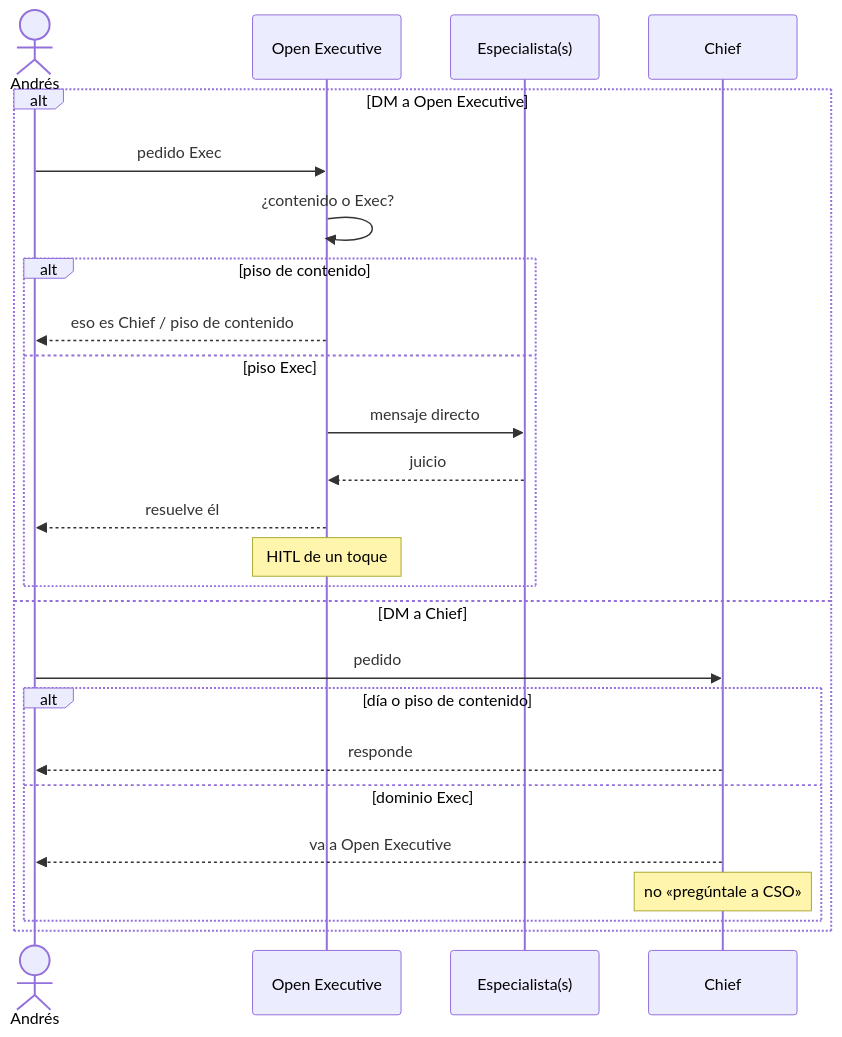
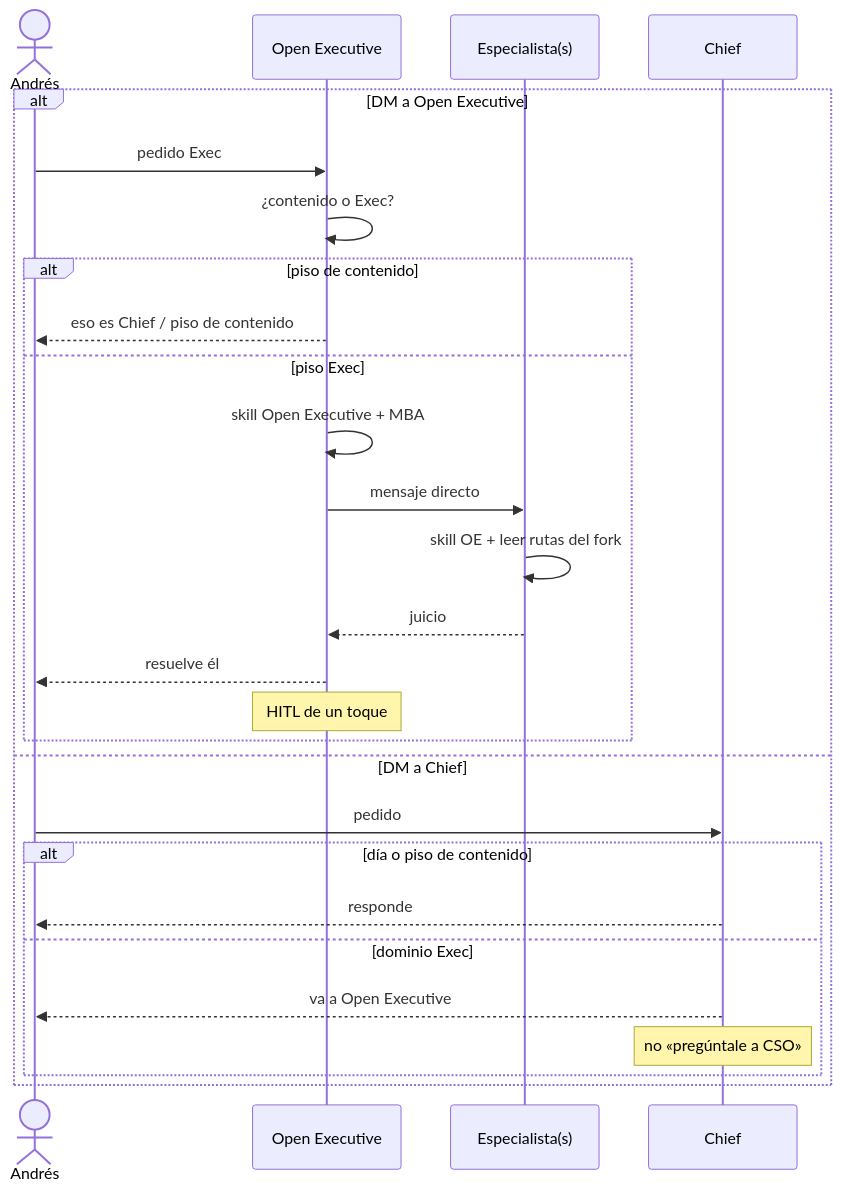
The diagram in docs/routing.md (devandmus/OpenExec-Grok), drawn with Mermaid before and after one commit. The commit also changed other lines of this file and 5 other files, not shown here.

First line of the commit message:
Documentar el MBA del fork como fuente de juicio, no este repo.

````diff
--- a/docs/routing.md
+++ b/docs/routing.md
@@ -53,28 +55,30 @@
 ```mermaid
 sequenceDiagram
     actor Andrés
     participant OE as Open Executive
     participant Esp as Especialista(s)
     participant Chief
 
     alt DM a Open Executive
         Andrés->>OE: pedido Exec
         OE->>OE: ¿contenido o Exec?
         alt piso de contenido
             OE-->>Andrés: eso es Chief / piso de contenido
         else piso Exec
+            OE->>OE: skill Open Executive + MBA
             OE->>Esp: mensaje directo
+            Esp->>Esp: skill OE + leer rutas del fork
             Esp-->>OE: juicio
             OE-->>Andrés: resuelve él
             Note over OE: HITL de un toque
         end
     else DM a Chief
         Andrés->>Chief: pedido
         alt día o piso de contenido
             Chief-->>Andrés: responde
         else dominio Exec
             Chief-->>Andrés: va a Open Executive
             Note over Chief: no «pregúntale a CSO»
         end
     end
 ```
````
